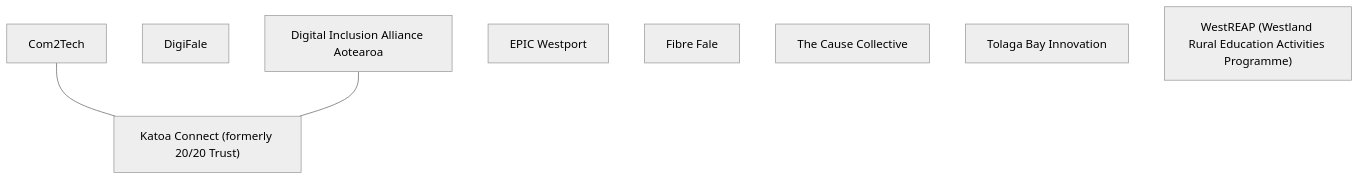
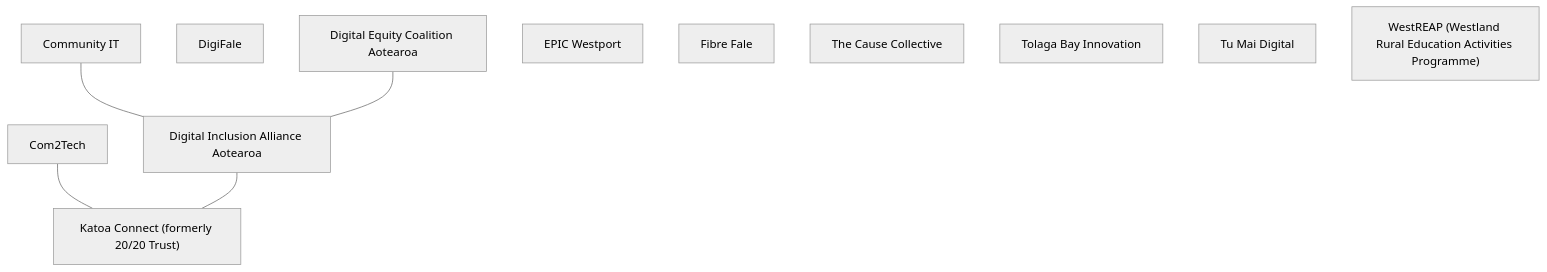
Diagram 19 of 24 in GUIDE.md (olitreadwell/nz-tech-for-good), drawn with Mermaid (neutral theme) before and after one commit. The commit also changed other lines of this file and 8 other files, not shown here.

First line of the commit message:
feat(data): add 6 civic-tech and digital-inclusion entries

````diff
--- a/GUIDE.md
+++ b/GUIDE.md
@@ -382,14 +382,19 @@
 ```mermaid
 flowchart TD
     n_Com2Tech["Com2Tech"]
+    n_CommunityIT["Community IT"]
     n_DigiFale["DigiFale"]
+    n_DigitalEquityCoalitionAo["Digital Equity Coalition Aotearoa"]
     n_DigitalInclusionAlliance["Digital Inclusion Alliance Aotearoa"]
     n_EPICWestport["EPIC Westport"]
     n_FibreFale["Fibre Fale"]
     n_KatoaConnectformerly2020["Katoa Connect (formerly 20/20 Trust)"]
     n_TheCauseCollective["The Cause Collective"]
     n_TolagaBayInnovation["Tolaga Bay Innovation"]
+    n_TuMaiDigital["Tu Mai Digital"]
     n_WestREAPWestlandRuralEdu["WestREAP (Westland Rural Education Activities Programme)"]
     n_Com2Tech --- n_KatoaConnectformerly2020
+    n_CommunityIT --- n_DigitalInclusionAlliance
+    n_DigitalEquityCoalitionAo --- n_DigitalInclusionAlliance
     n_DigitalInclusionAlliance --- n_KatoaConnectformerly2020
 ```
````
